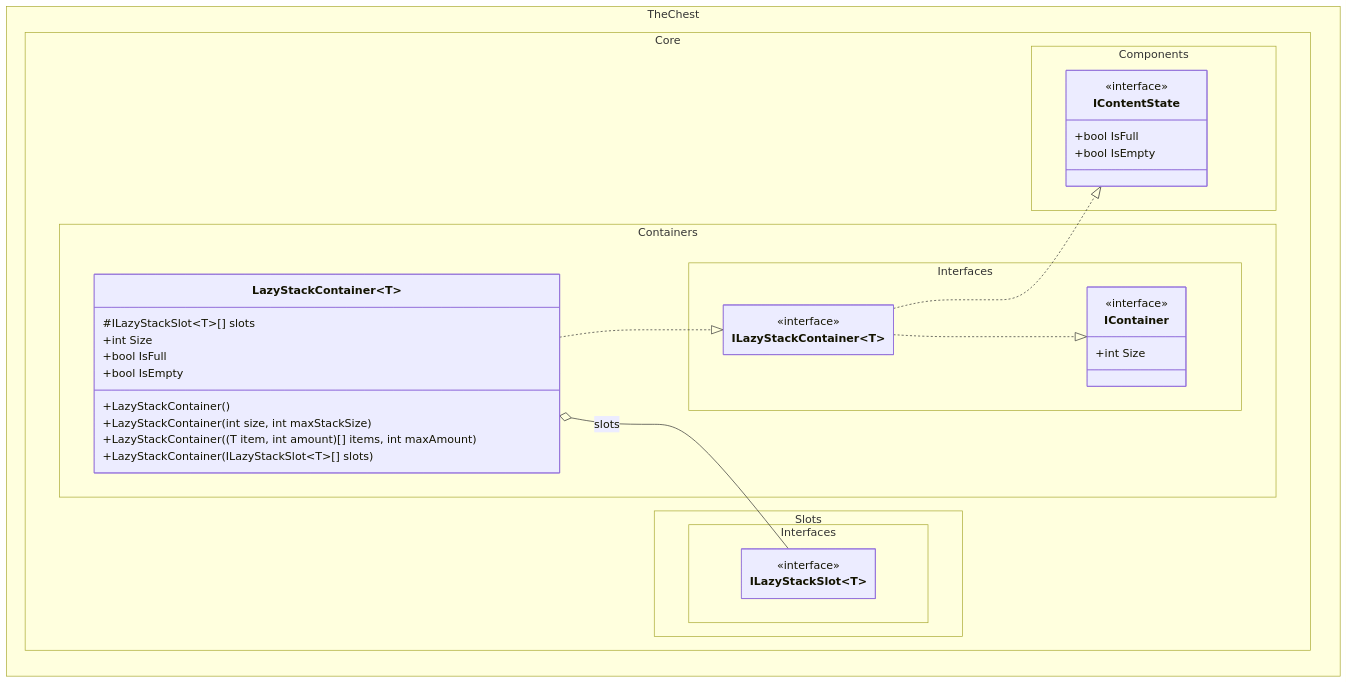
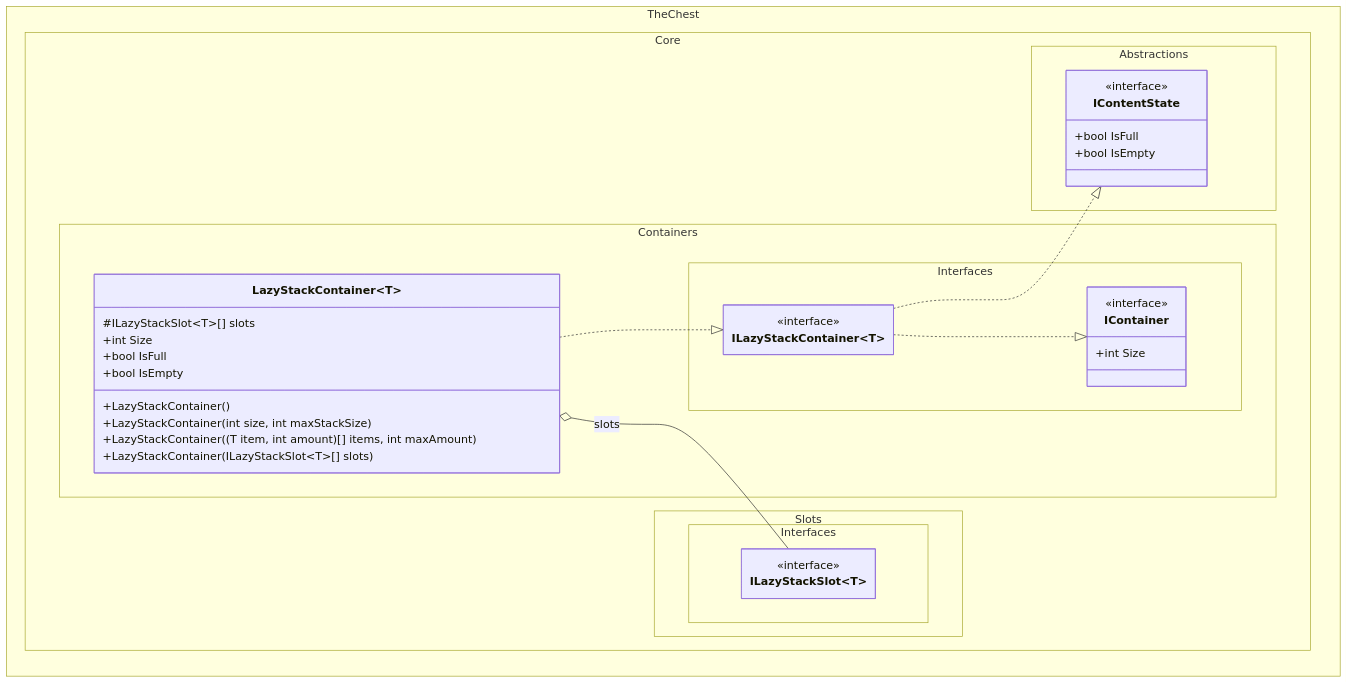
One commit to The-Chest/TheChest.Core changed the third of 6 diagrams in docs/class_diagram.md. Above: the diagram before and after it, drawn with Mermaid. The commit also changed other lines of this file, not shown here.

Commit message:
Changes in class_diagram.md

````diff
--- a/docs/class_diagram.md
+++ b/docs/class_diagram.md
@@ -113,48 +113,48 @@
 ```mermaid
 ---
 config:
   theme: mc
   look: classic
   class:
     hideEmptyMembersBox: true
 ---
 classDiagram
 direction BT
-    namespace TheChest.Core.Components {
+    namespace TheChest.Core.Abstractions {
         class IContentState {
             <<interface>>
             +bool IsFull
             +bool IsEmpty
         }
     }
     namespace TheChest.Core.Containers.Interfaces {
         class IContainer {
             <<interface>>
             +int Size
         }
         class ILazyStackContainer~T~ {
             <<interface>>
         }
     }
     namespace TheChest.Core.Slots.Interfaces {
         class ILazyStackSlot~T~ {
             <<interface>>
         }
     }
     namespace TheChest.Core.Containers {
         class LazyStackContainer~T~ {
             #ILazyStackSlot~T~[] slots
             +int Size
             +bool IsFull
             +bool IsEmpty
             +LazyStackContainer()
             +LazyStackContainer(int size, int maxStackSize)
             +LazyStackContainer((T item, int amount)[] items, int maxAmount)
             +LazyStackContainer(ILazyStackSlot~T~[] slots)
         }
     }
     ILazyStackContainer~T~ ..|> IContainer
     ILazyStackContainer~T~ ..|> IContentState
     LazyStackContainer~T~ ..|> ILazyStackContainer~T~
     LazyStackContainer~T~ o-- ILazyStackSlot~T~ : slots
 ```
````
